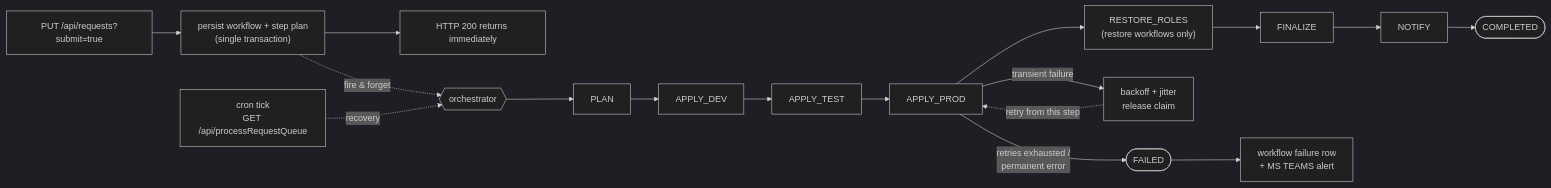
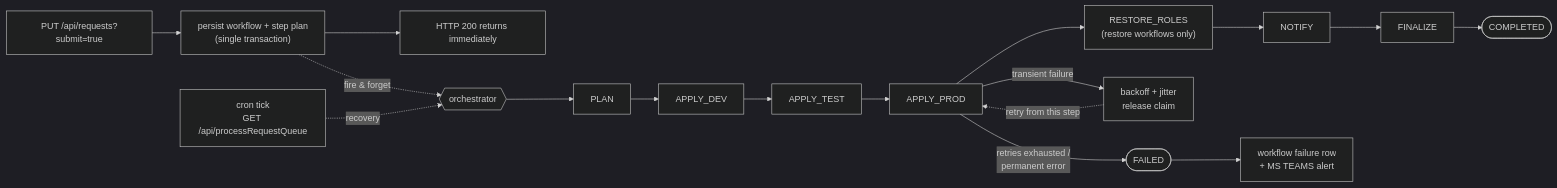
Before and after one commit to bcgov/sso-requests: the first of 5 diagrams in docs/adr/0001-async-integration-submission-saga.md, drawn with Mermaid (dark theme). The commit also changed other lines of this file and 26 other files, not shown here.

````diff
--- a/docs/adr/0001-async-integration-submission-saga.md
+++ b/docs/adr/0001-async-integration-submission-saga.md
@@ -40,19 +42,19 @@
 ```mermaid
 flowchart LR
   A["PUT /api/requests?submit=true"] --> B["persist workflow + step plan<br/>(single transaction)"]
   B --> C["HTTP 200 returns immediately"]
   B -. "fire & forget" .-> D{{orchestrator}}
   E["cron tick<br/>GET /api/processRequestQueue"] -. "recovery" .-> D
   D --> F[PLAN]
   F --> G[APPLY_DEV]
   G --> H[APPLY_TEST]
   H --> I[APPLY_PROD]
   I --> J["RESTORE_ROLES<br/>(restore workflows only)"]
-  J --> K[FINALIZE]
-  K --> L[NOTIFY]
-  L --> M([COMPLETED])
+  J --> L[NOTIFY]
+  L --> K[FINALIZE]
+  K --> M([COMPLETED])
   I -- "transient failure" --> N["backoff + jitter<br/>release claim"]
   N -. "retry from this step" .-> I
   I -- "retries exhausted /<br/>permanent error" --> O([FAILED])
   O --> P["workflow failure row<br/>+ MS TEAMS alert"]
 ```
````
